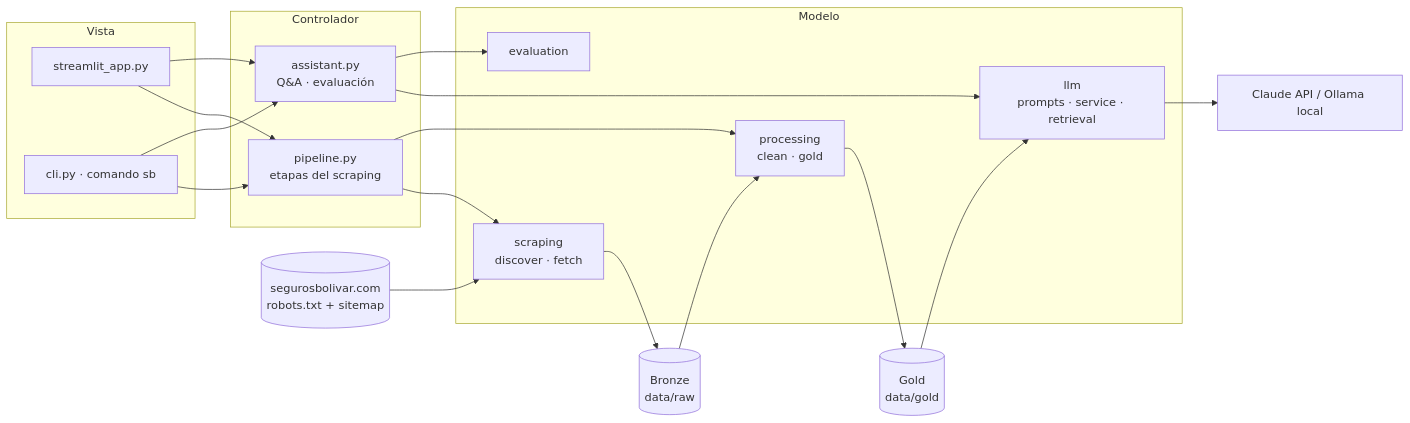
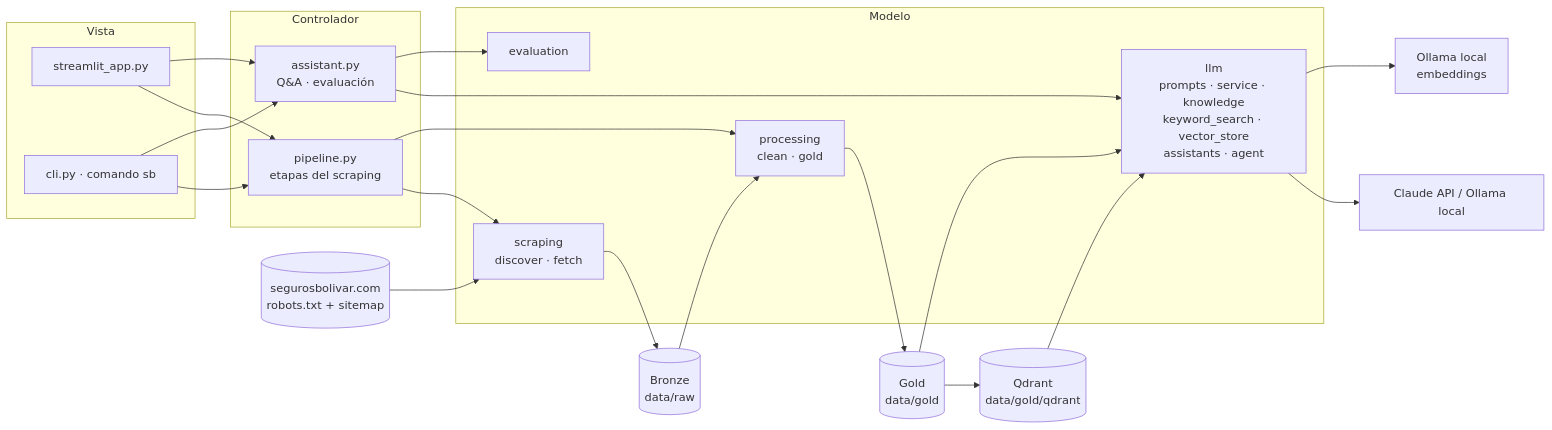
The first of 2 diagrams in README.md (anakmedina08/advanced-ai-lab), drawn with Mermaid before and after one commit. The commit also changed other lines of this file and 34 other files, not shown here.

First line of the commit message:
feat: agregar Fase 2 con RAG (Ollama + Qdrant) y agente Deep Agents

````diff
--- a/README.md
+++ b/README.md
@@ -69,25 +69,27 @@
 ```mermaid
 flowchart LR
     subgraph V[Vista]
         UI[streamlit_app.py]
         CLI[cli.py · comando sb]
     end
     subgraph C[Controlador]
         P[pipeline.py<br/>etapas del scraping]
         A[assistant.py<br/>Q&A · evaluación]
     end
     subgraph M[Modelo]
         SC[scraping<br/>discover · fetch]
         PR[processing<br/>clean · gold]
-        LLM[llm<br/>prompts · service · retrieval]
+        LLM[llm<br/>prompts · service · knowledge<br/>keyword_search · vector_store<br/>assistants · agent]
         EV[evaluation]
     end
     W[(segurosbolivar.com<br/>robots.txt + sitemap)] --> SC
     SC --> B[(Bronze<br/>data/raw)] --> PR --> G[(Gold<br/>data/gold)]
     UI --> P & A
     CLI --> P & A
     P --> SC & PR
     A --> LLM & EV
     G --> LLM
+    G --> Q[(Qdrant<br/>data/gold/qdrant)] --> LLM
     LLM --> CL[Claude API / Ollama local]
+    LLM --> OE[Ollama local<br/>embeddings]
 ```
````
